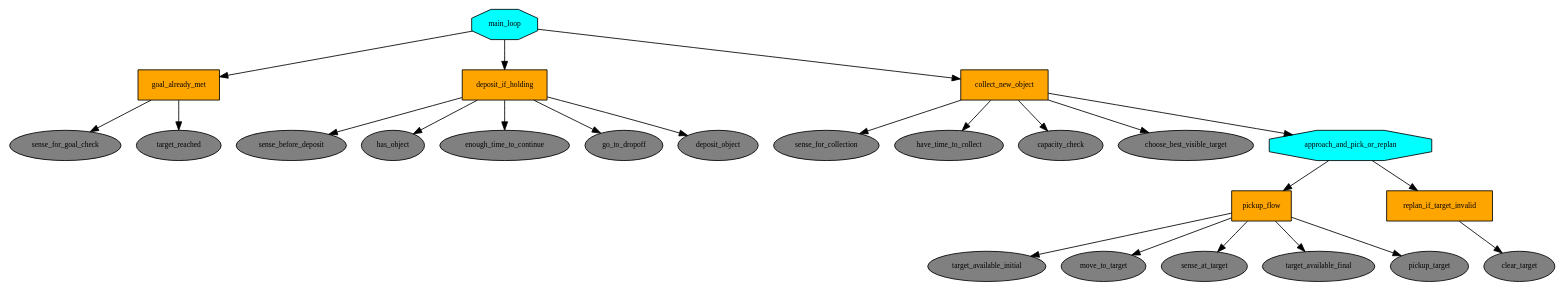
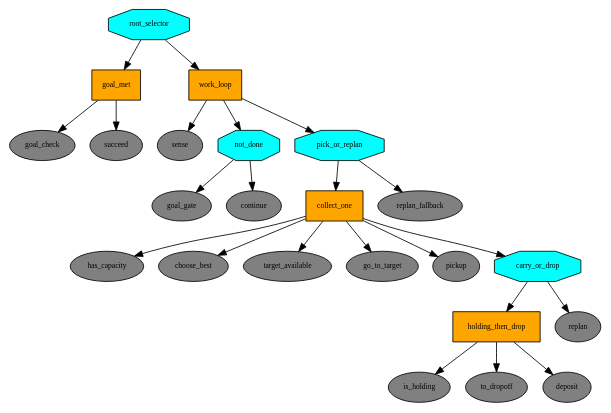
Before and after one commit to bkemp3/AgenticAI-Final-Project-Sandbox: the diagram in Test_Env_1/outputs/collection_llm_runs/trees/maximize_collection_value.dot, drawn with Graphviz. The commit also changed 7 other files, not shown here.

```diff
--- a/Test_Env_1/outputs/collection_llm_runs/trees/maximize_collection_value.dot
+++ b/Test_Env_1/outputs/collection_llm_runs/trees/maximize_collection_value.dot
@@ -1,53 +1,51 @@
 digraph pastafarianism {
 ordering=out;
 graph [fontname="times-roman"];
 node [fontname="times-roman"];
 edge [fontname="times-roman"];
-main_loop [label="main_loop", shape=octagon, style=filled, fillcolor=cyan, fontsize=9, fontcolor=black];
-goal_already_met [label="goal_already_met", shape=box, style=filled, fillcolor=orange, fontsize=9, fontcolor=black];
-main_loop -> goal_already_met;
-sense_for_goal_check [label="sense_for_goal_check", shape=ellipse, style=filled, fillcolor=gray, fontsize=9, fontcolor=black];
-goal_already_met -> sense_for_goal_check;
-target_reached [label="target_reached", shape=ellipse, style=filled, fillcolor=gray, fontsize=9, fontcolor=black];
-goal_already_met -> target_reached;
-deposit_if_holding [label="deposit_if_holding", shape=box, style=filled, fillcolor=orange, fontsize=9, fontcolor=black];
-main_loop -> deposit_if_holding;
-sense_before_deposit [label="sense_before_deposit", shape=ellipse, style=filled, fillcolor=gray, fontsize=9, fontcolor=black];
-deposit_if_holding -> sense_before_deposit;
-has_object [label="has_object", shape=ellipse, style=filled, fillcolor=gray, fontsize=9, fontcolor=black];
-deposit_if_holding -> has_object;
-enough_time_to_continue [label="enough_time_to_continue", shape=ellipse, style=filled, fillcolor=gray, fontsize=9, fontcolor=black];
-deposit_if_holding -> enough_time_to_continue;
-go_to_dropoff [label="go_to_dropoff", shape=ellipse, style=filled, fillcolor=gray, fontsize=9, fontcolor=black];
-deposit_if_holding -> go_to_dropoff;
-deposit_object [label="deposit_object", shape=ellipse, style=filled, fillcolor=gray, fontsize=9, fontcolor=black];
-deposit_if_holding -> deposit_object;
-collect_new_object [label="collect_new_object", shape=box, style=filled, fillcolor=orange, fontsize=9, fontcolor=black];
-main_loop -> collect_new_object;
-sense_for_collection [label="sense_for_collection", shape=ellipse, style=filled, fillcolor=gray, fontsize=9, fontcolor=black];
-collect_new_object -> sense_for_collection;
-have_time_to_collect [label="have_time_to_collect", shape=ellipse, style=filled, fillcolor=gray, fontsize=9, fontcolor=black];
-collect_new_object -> have_time_to_collect;
-capacity_check [label="capacity_check", shape=ellipse, style=filled, fillcolor=gray, fontsize=9, fontcolor=black];
-collect_new_object -> capacity_check;
-choose_best_visible_target [label="choose_best_visible_target", shape=ellipse, style=filled, fillcolor=gray, fontsize=9, fontcolor=black];
-collect_new_object -> choose_best_visible_target;
-approach_and_pick_or_replan [label="approach_and_pick_or_replan", shape=octagon, style=filled, fillcolor=cyan, fontsize=9, fontcolor=black];
-collect_new_object -> approach_and_pick_or_replan;
-pickup_flow [label="pickup_flow", shape=box, style=filled, fillcolor=orange, fontsize=9, fontcolor=black];
-approach_and_pick_or_replan -> pickup_flow;
-target_available_initial [label="target_available_initial", shape=ellipse, style=filled, fillcolor=gray, fontsize=9, fontcolor=black];
-pickup_flow -> target_available_initial;
-move_to_target [label="move_to_target", shape=ellipse, style=filled, fillcolor=gray, fontsize=9, fontcolor=black];
-pickup_flow -> move_to_target;
-sense_at_target [label="sense_at_target", shape=ellipse, style=filled, fillcolor=gray, fontsize=9, fontcolor=black];
-pickup_flow -> sense_at_target;
-target_available_final [label="target_available_final", shape=ellipse, style=filled, fillcolor=gray, fontsize=9, fontcolor=black];
-pickup_flow -> target_available_final;
-pickup_target [label="pickup_target", shape=ellipse, style=filled, fillcolor=gray, fontsize=9, fontcolor=black];
-pickup_flow -> pickup_target;
-replan_if_target_invalid [label="replan_if_target_invalid", shape=box, style=filled, fillcolor=orange, fontsize=9, fontcolor=black];
-approach_and_pick_or_replan -> replan_if_target_invalid;
-clear_target [label="clear_target", shape=ellipse, style=filled, fillcolor=gray, fontsize=9, fontcolor=black];
-replan_if_target_invalid -> clear_target;
+root_selector [label="root_selector", shape=octagon, style=filled, fillcolor=cyan, fontsize=9, fontcolor=black];
+goal_met [label="goal_met", shape=box, style=filled, fillcolor=orange, fontsize=9, fontcolor=black];
+root_selector -> goal_met;
+goal_check [label="goal_check", shape=ellipse, style=filled, fillcolor=gray, fontsize=9, fontcolor=black];
+goal_met -> goal_check;
+succeed [label=succeed, shape=ellipse, style=filled, fillcolor=gray, fontsize=9, fontcolor=black];
+goal_met -> succeed;
+work_loop [label="work_loop", shape=box, style=filled, fillcolor=orange, fontsize=9, fontcolor=black];
+root_selector -> work_loop;
+sense [label=sense, shape=ellipse, style=filled, fillcolor=gray, fontsize=9, fontcolor=black];
+work_loop -> sense;
+not_done [label="not_done", shape=octagon, style=filled, fillcolor=cyan, fontsize=9, fontcolor=black];
+work_loop -> not_done;
+goal_gate [label="goal_gate", shape=ellipse, style=filled, fillcolor=gray, fontsize=9, fontcolor=black];
+not_done -> goal_gate;
+continue [label=continue, shape=ellipse, style=filled, fillcolor=gray, fontsize=9, fontcolor=black];
+not_done -> continue;
+pick_or_replan [label="pick_or_replan", shape=octagon, style=filled, fillcolor=cyan, fontsize=9, fontcolor=black];
+work_loop -> pick_or_replan;
+collect_one [label="collect_one", shape=box, style=filled, fillcolor=orange, fontsize=9, fontcolor=black];
+pick_or_replan -> collect_one;
+has_capacity [label="has_capacity", shape=ellipse, style=filled, fillcolor=gray, fontsize=9, fontcolor=black];
+collect_one -> has_capacity;
+choose_best [label="choose_best", shape=ellipse, style=filled, fillcolor=gray, fontsize=9, fontcolor=black];
+collect_one -> choose_best;
+target_available [label="target_available", shape=ellipse, style=filled, fillcolor=gray, fontsize=9, fontcolor=black];
+collect_one -> target_available;
+go_to_target [label="go_to_target", shape=ellipse, style=filled, fillcolor=gray, fontsize=9, fontcolor=black];
+collect_one -> go_to_target;
+pickup [label=pickup, shape=ellipse, style=filled, fillcolor=gray, fontsize=9, fontcolor=black];
+collect_one -> pickup;
+carry_or_drop [label="carry_or_drop", shape=octagon, style=filled, fillcolor=cyan, fontsize=9, fontcolor=black];
+collect_one -> carry_or_drop;
+holding_then_drop [label="holding_then_drop", shape=box, style=filled, fillcolor=orange, fontsize=9, fontcolor=black];
+carry_or_drop -> holding_then_drop;
+is_holding [label="is_holding", shape=ellipse, style=filled, fillcolor=gray, fontsize=9, fontcolor=black];
+holding_then_drop -> is_holding;
+to_dropoff [label="to_dropoff", shape=ellipse, style=filled, fillcolor=gray, fontsize=9, fontcolor=black];
+holding_then_drop -> to_dropoff;
+deposit [label=deposit, shape=ellipse, style=filled, fillcolor=gray, fontsize=9, fontcolor=black];
+holding_then_drop -> deposit;
+replan [label=replan, shape=ellipse, style=filled, fillcolor=gray, fontsize=9, fontcolor=black];
+carry_or_drop -> replan;
+replan_fallback [label="replan_fallback", shape=ellipse, style=filled, fillcolor=gray, fontsize=9, fontcolor=black];
+pick_or_replan -> replan_fallback;
 }
```
